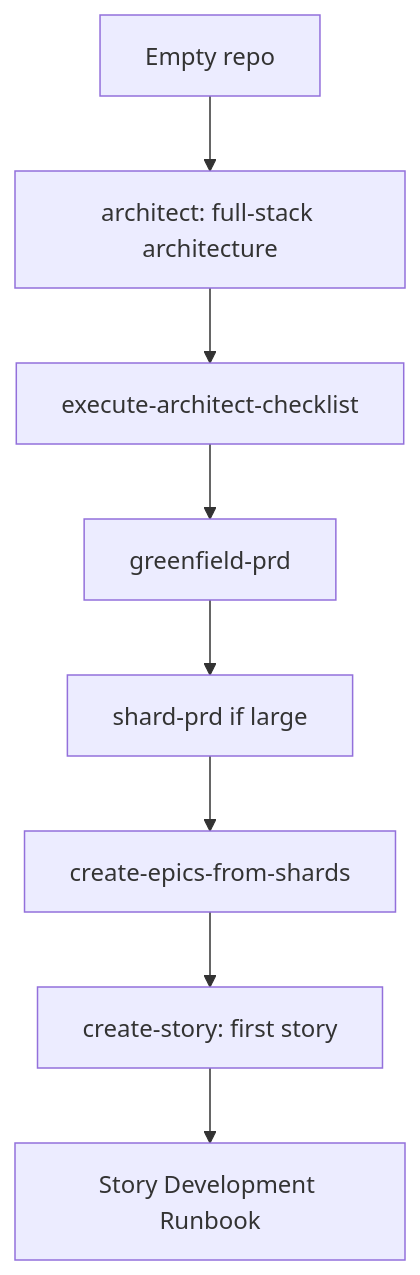
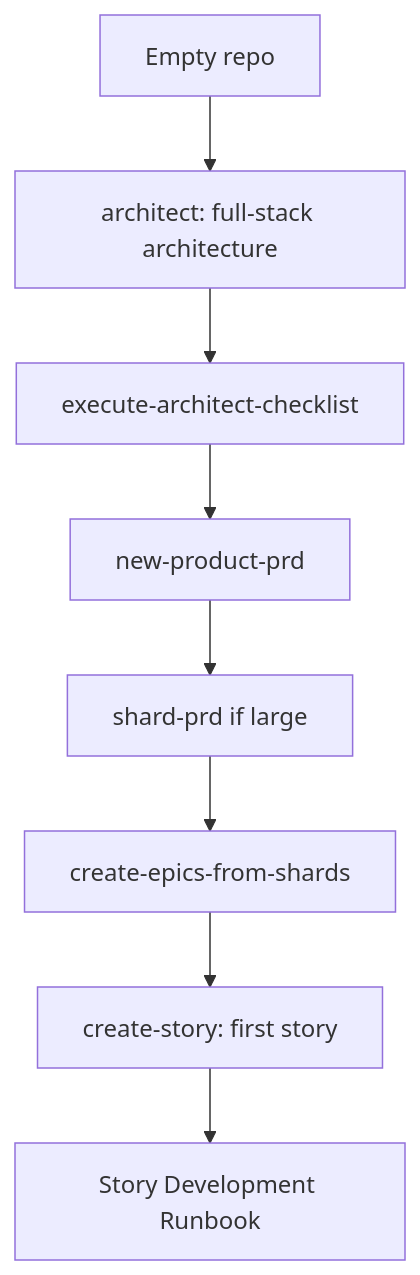
One commit to Gamaroff/agent-skills changed the diagram in docs/runbooks/new-project-setup.md. Above: the diagram before and after it, drawn with Mermaid. The commit also changed other lines of this file and 31 other files, not shown here.

````diff
--- a/docs/runbooks/new-project-setup.md
+++ b/docs/runbooks/new-project-setup.md
@@ -14,10 +14,10 @@
 ```mermaid
 flowchart TD
     A[Empty repo] --> B[architect: full-stack architecture]
     B --> C[execute-architect-checklist]
-    C --> D[greenfield-prd]
+    C --> D[new-product-prd]
     D --> E[shard-prd if large]
     E --> F[create-epics-from-shards]
     F --> G[create-story: first story]
     G --> H[Story Development Runbook]
 ```
````
